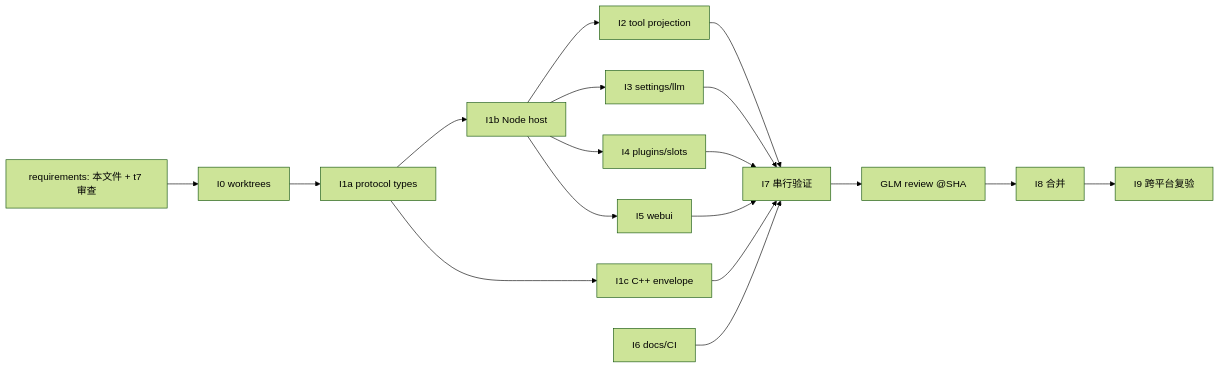
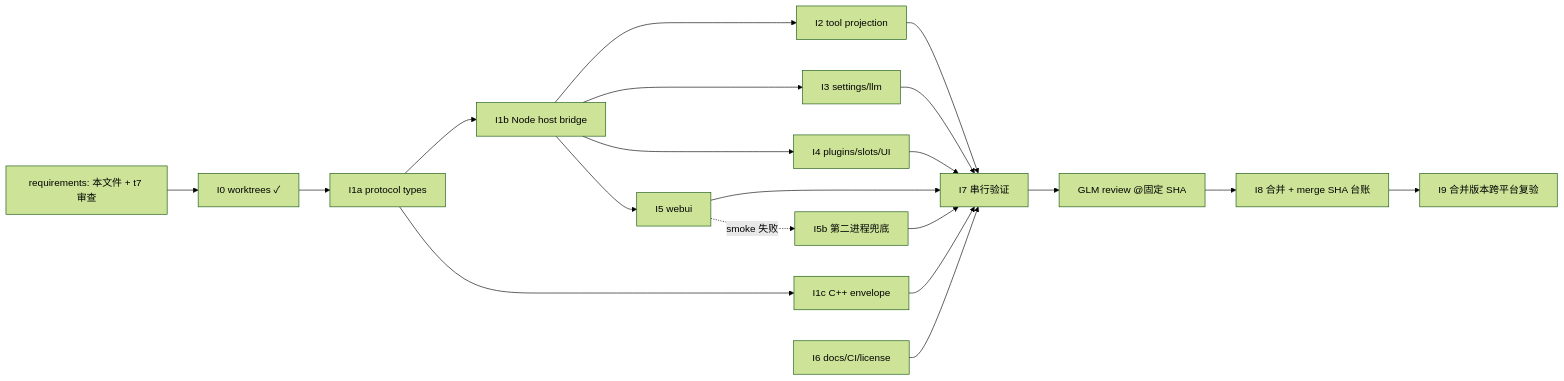
Before and after one commit to lbn2011/dsh-qt-app: the diagram in docs/PHASE-3-IMPLEMENTATION-PLAN.md, drawn with Mermaid (forest theme). The commit also changed other lines of this file, not shown here.

````diff
--- a/docs/PHASE-3-IMPLEMENTATION-PLAN.md
+++ b/docs/PHASE-3-IMPLEMENTATION-PLAN.md
@@ -353,20 +409,22 @@
 ```mermaid
 flowchart LR
-  R[requirements: 本文件 + t7 审查] --> I0[I0 worktrees]
+  R[requirements: 本文件 + t7 审查] --> I0[I0 worktrees ✓]
   I0 --> I1a[I1a protocol types]
-  I1a --> I1b[I1b Node host]
+  I1a --> I1b[I1b Node host bridge]
   I1a --> I1c[I1c C++ envelope]
   I1b --> I2[I2 tool projection]
   I1b --> I3[I3 settings/llm]
-  I1b --> I4[I4 plugins/slots]
+  I1b --> I4[I4 plugins/slots/UI]
   I1b --> I5[I5 webui]
+  I5 -.smoke 失败.-> I5b[I5b 第二进程兜底]
   I2 --> V1[I7 串行验证]
   I3 --> V1
   I4 --> V1
   I5 --> V1
+  I5b --> V1
   I1c --> V1
-  I6[I6 docs/CI] --> V1
-  V1 --> RV[GLM review @SHA]
-  RV --> I8[I8 合并]
-  I8 --> I9[I9 跨平台复验]
+  I6[I6 docs/CI/license] --> V1
+  V1 --> RV[GLM review @固定 SHA]
+  RV --> I8[I8 合并 + merge SHA 台账]
+  I8 --> I9[I9 合并版本跨平台复验]
 ```
````
